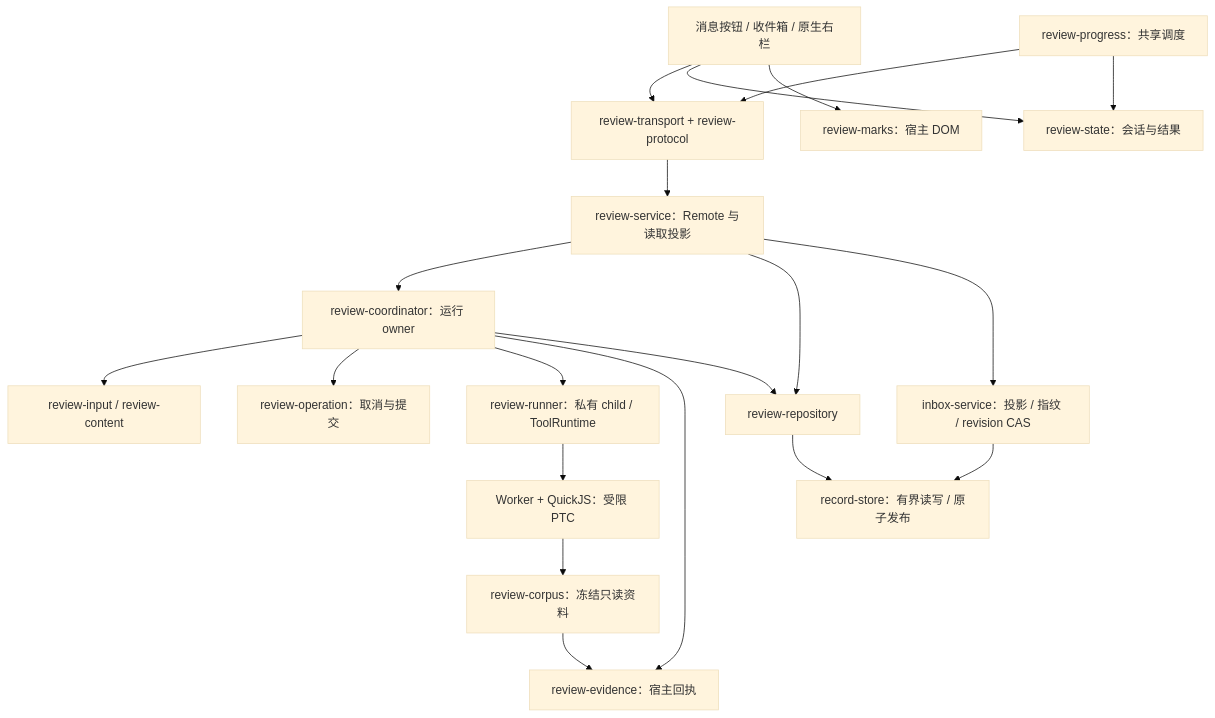
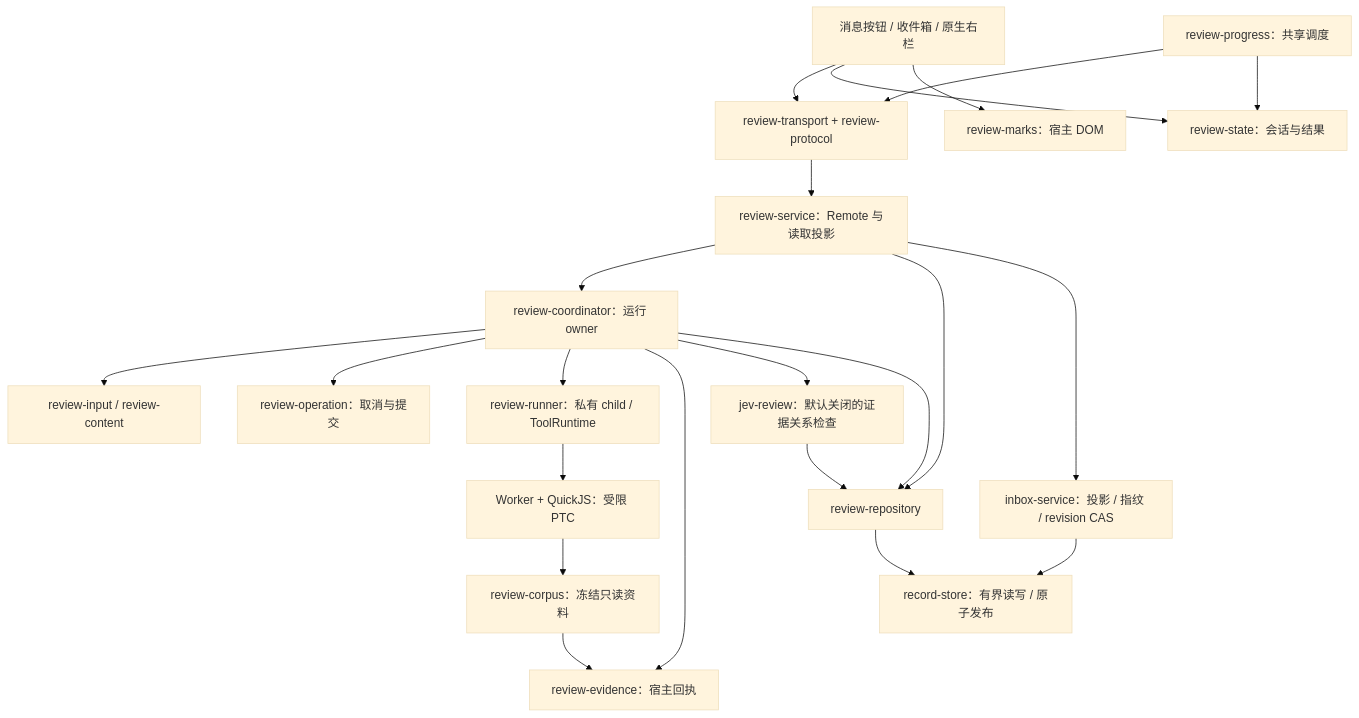
The diagram in docs/architecture.md (higekibaka/dsh-ciel), drawn with Mermaid (base theme) before and after one commit. The commit also changed other lines of this file and 83 other files, not shown here.

````diff
--- a/docs/architecture.md
+++ b/docs/architecture.md
@@ -30,22 +31,24 @@
 ```mermaid
 flowchart TD
     UI[消息按钮 / 收件箱 / 原生右栏] --> T[review-transport + review-protocol]
     UI --> STATE[review-state：会话与结果]
     UI --> MARK[review-marks：宿主 DOM]
     POLL[review-progress：共享调度] --> T
     POLL --> STATE
     T --> RPC[review-service：Remote 与读取投影]
     RPC --> COORD[review-coordinator：运行 owner]
     COORD --> INPUT[review-input / review-content]
     COORD --> OP[review-operation：取消与提交]
     COORD --> RUN[review-runner：私有 child / ToolRuntime]
     RUN --> Q[Worker + QuickJS：受限 PTC]
     Q --> CORPUS[review-corpus：冻结只读资料]
     CORPUS --> E[review-evidence：宿主回执]
     COORD --> E
+    COORD --> JEV[jev-review：默认关闭的证据关系检查]
+    JEV --> REPO
     COORD --> REPO[review-repository]
     RPC --> REPO
     REPO --> STORE[record-store：有界读写 / 原子发布]
     RPC --> INBOX[inbox-service：投影 / 指纹 / revision CAS]
     INBOX --> STORE
 ```
````
